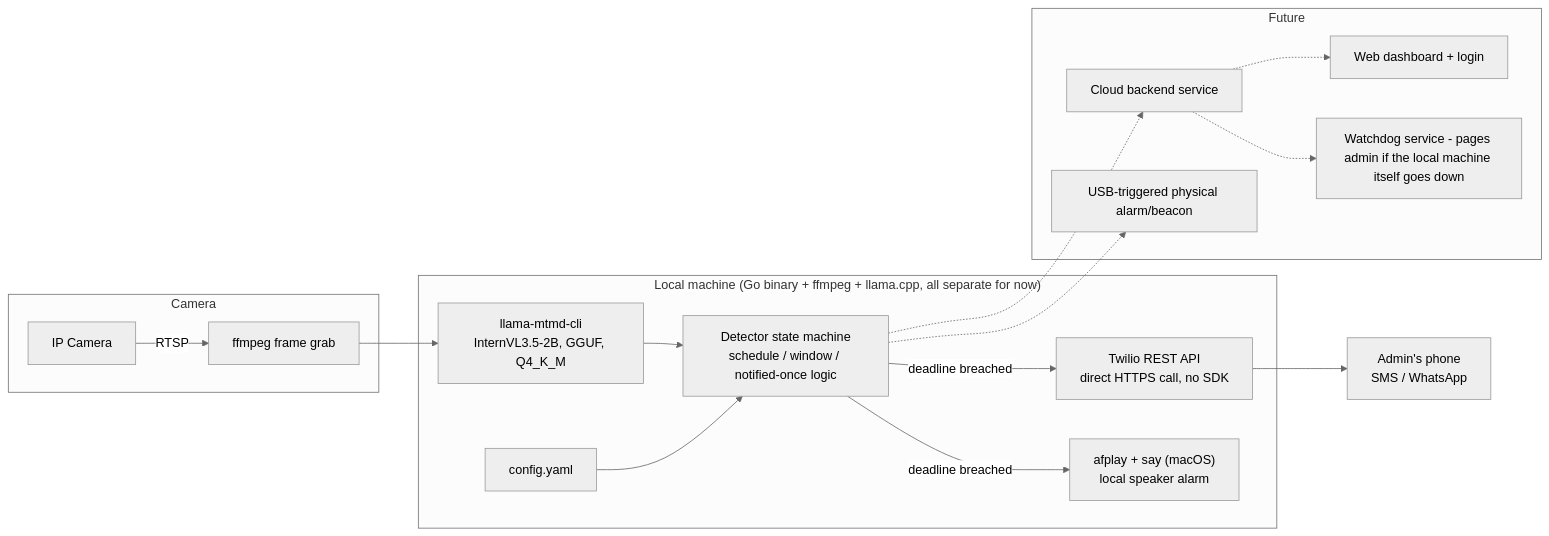
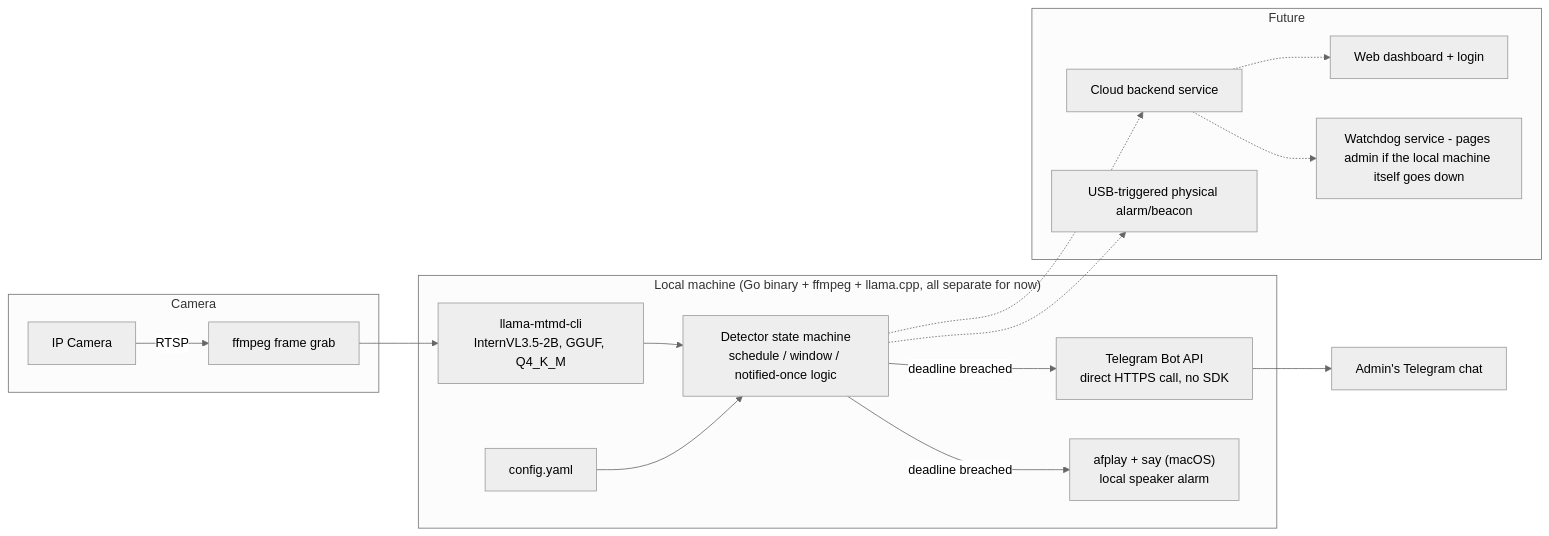
The second of 2 diagrams in README.md (sid92/sanddune), drawn with Mermaid (neutral theme) before and after one commit. The commit also changed other lines of this file and 4 other files, not shown here.

First line of the commit message:
Switch notifications from Twilio to Telegram

````diff
--- a/README.md
+++ b/README.md
@@ -36,25 +36,25 @@
 ```mermaid
 flowchart LR
     subgraph cam[Camera]
       Cam[IP Camera] -- RTSP --> FF
     end
     subgraph local["Local machine (Go binary + ffmpeg + llama.cpp, all separate for now)"]
       FF[ffmpeg frame grab] --> VLM["llama-mtmd-cli<br/>InternVL3.5-2B, GGUF, Q4_K_M"]
       VLM --> Det[Detector state machine<br/>schedule / window / notified-once logic]
       Cfg[config.yaml] --> Det
-      Det -->|deadline breached| Tw[Twilio REST API<br/>direct HTTPS call, no SDK]
+      Det -->|deadline breached| Tw[Telegram Bot API<br/>direct HTTPS call, no SDK]
       Det -->|deadline breached| Spk["afplay + say (macOS)<br/>local speaker alarm"]
     end
-    Tw --> Admin[Admin's phone<br/>SMS / WhatsApp]
+    Tw --> Admin[Admin's Telegram chat]
 
     subgraph future[Future]
       Dash[Web dashboard + login]
       Backend[Cloud backend service]
       USB[USB-triggered physical alarm/beacon]
       Watchdog[Watchdog service - pages admin if the local machine itself goes down]
     end
     Det -.-> Backend
     Backend -.-> Dash
     Det -.-> USB
     Backend -.-> Watchdog
 ```
````
